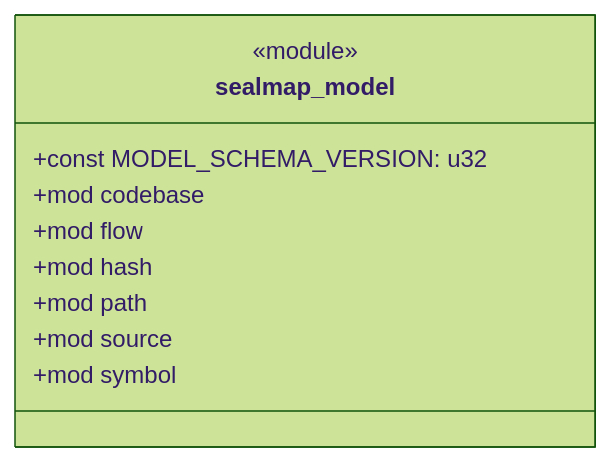
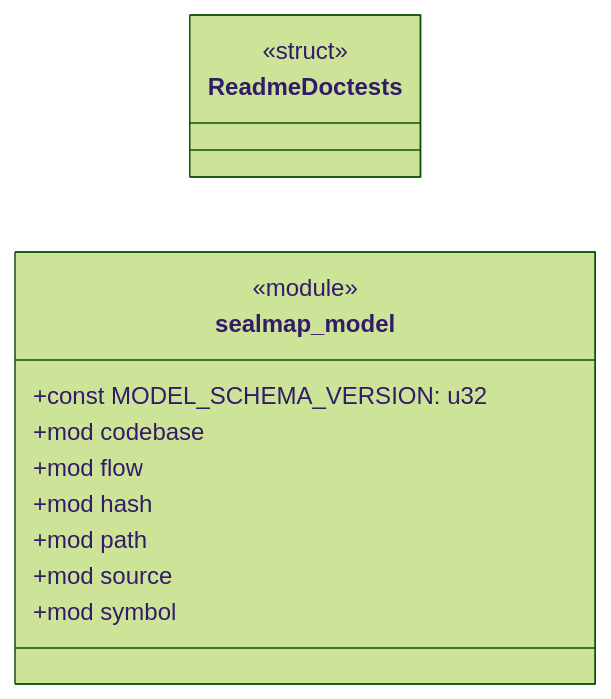
One commit to DreamLab-AI/codemaid changed the diagram in docs/sealmap/crates/sealmap-model/src/lib.rs.md. Above: the diagram before and after it, drawn with Mermaid (forest theme). The commit also changed other lines of this file and 29 other files, not shown here.

````diff
--- a/docs/sealmap/crates/sealmap-model/src/lib.rs.md
+++ b/docs/sealmap/crates/sealmap-model/src/lib.rs.md
@@ -14,14 +14,17 @@
 ```mermaid
 classDiagram
   direction LR
+  class sealmap_model__ReadmeDoctests["ReadmeDoctests"] {
+    <<struct>>
+  }
   class sealmap_model {
     <<module>>
     +const MODEL_SCHEMA_VERSION: u32
     +mod codebase
     +mod flow
     +mod hash
     +mod path
     +mod source
     +mod symbol
   }
 ```
````
